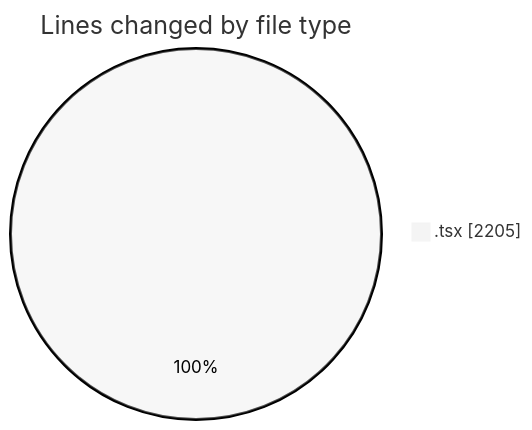
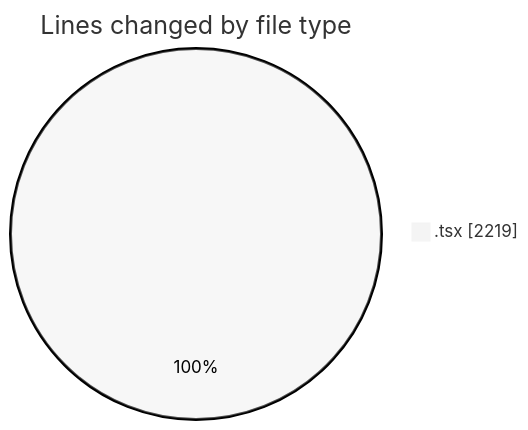
Before and after one commit to nxtqubesakshisongat/code-tracking: the first of 2 diagrams in 2026-06-07/nxtqube_webapp/README.md, drawn with Mermaid (neutral theme). The commit also changed other lines of this file and 1 other file, not shown here.

````diff
--- a/2026-06-07/nxtqube_webapp/README.md
+++ b/2026-06-07/nxtqube_webapp/README.md
@@ -24,5 +24,5 @@
 ```mermaid
 pie showData
 title Lines changed by file type
-".tsx" : 2205
+".tsx" : 2219
 ```
````
